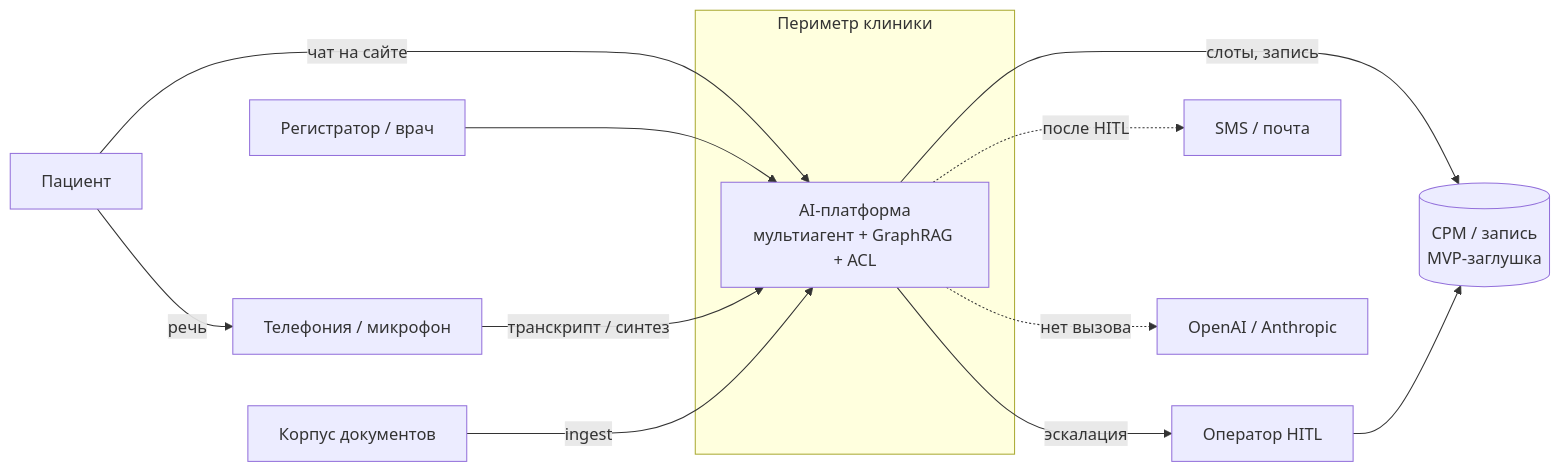
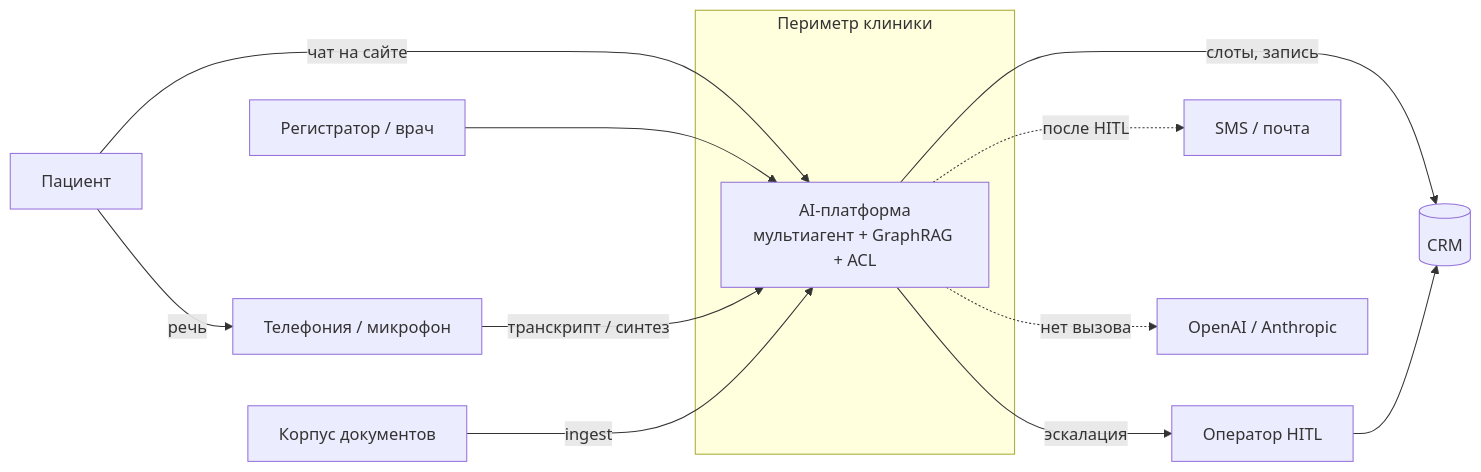
One commit to divisee/otus-ai-architect changed the first of 8 diagrams in final-project/README.md. Above: the diagram before and after it, drawn with Mermaid. The commit also changed other lines of this file, not shown here.

Commit message:
Call the booking system CRM on every diagram and drop the paired context table.

````diff
--- a/final-project/README.md
+++ b/final-project/README.md
@@ -183,27 +183,27 @@
 ```mermaid
 flowchart LR
     patient[Пациент]
     staff[Регистратор / врач]
     operator[Оператор HITL]
 
     subgraph perimeter["Периметр клиники"]
         ai[AI-платформа<br/>мультиагент + GraphRAG + ACL]
     end
 
     telephony[Телефония / микрофон]
-    crm[(СРМ / запись<br/>MVP-заглушка)]
+    crm[(CRM)]
     kb[Корпус документов]
     notify[SMS / почта]
     ext[OpenAI / Anthropic]
 
     patient -->|речь| telephony
     patient -->|чат на сайте| ai
     staff --> ai
     telephony -->|транскрипт / синтез| ai
     kb -->|ingest| ai
     ai -->|слоты, запись| crm
     ai -->|эскалация| operator
     operator --> crm
     ai -.->|после HITL| notify
     ai -.->|нет вызова| ext
 ```
````
